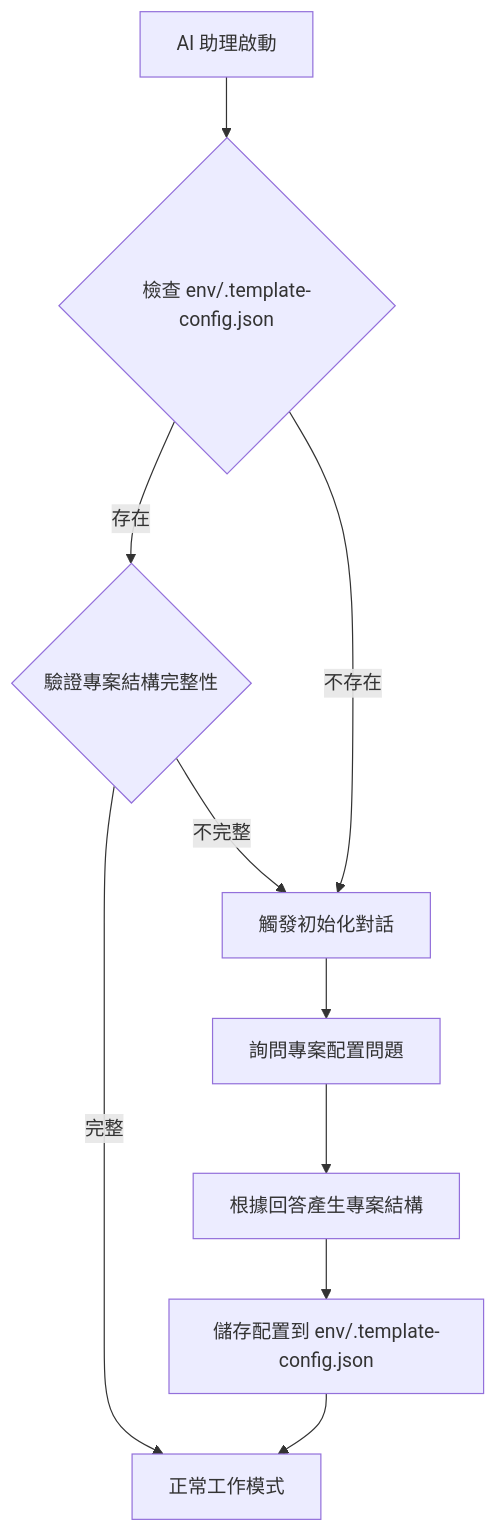
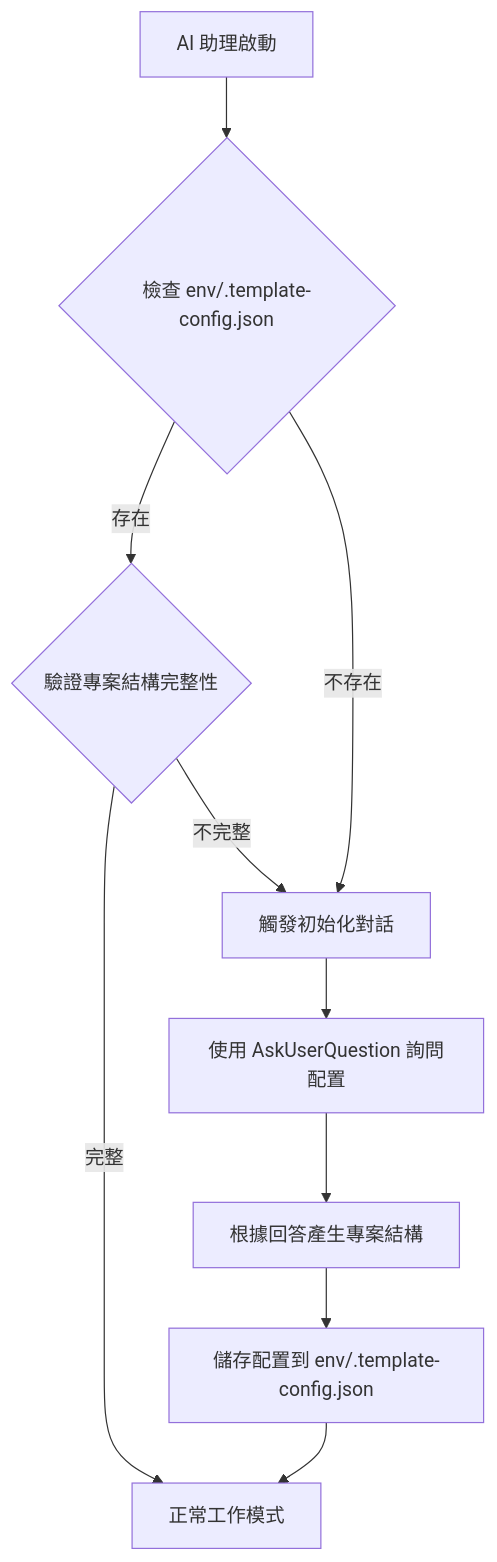
Before and after one commit to yaochangyu/api.template: the first of 2 diagrams in CLAUDE.md, drawn with Mermaid. The commit also changed other lines of this file, not shown here.

````diff
--- a/CLAUDE.md
+++ b/CLAUDE.md
@@ -105,12 +131,12 @@
 ```mermaid
 graph TD
     A[AI 助理啟動] --> B{檢查 env/.template-config.json}
     B -->|存在| C{驗證專案結構完整性}
     B -->|不存在| D[觸發初始化對話]
     C -->|完整| E[正常工作模式]
     C -->|不完整| D
-    D --> F[詢問專案配置問題]
+    D --> F[使用 AskUserQuestion 詢問配置]
     F --> G[根據回答產生專案結構]
     G --> H[儲存配置到 env/.template-config.json]
     H --> E
 ```
````
